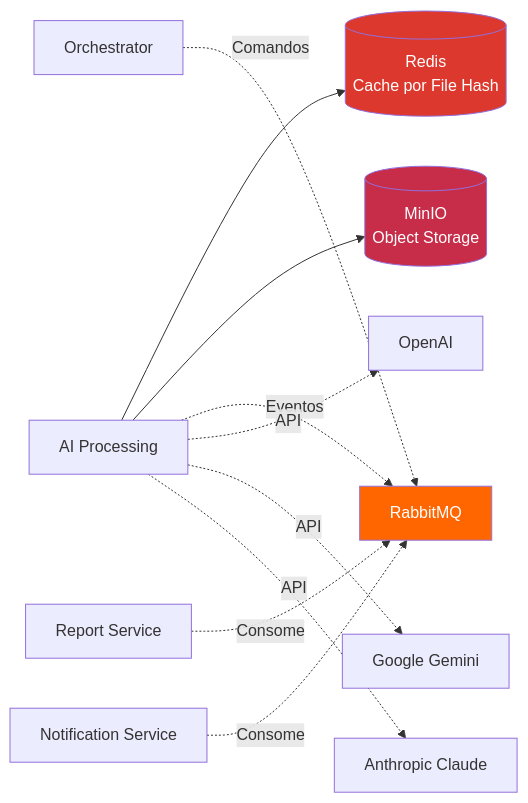
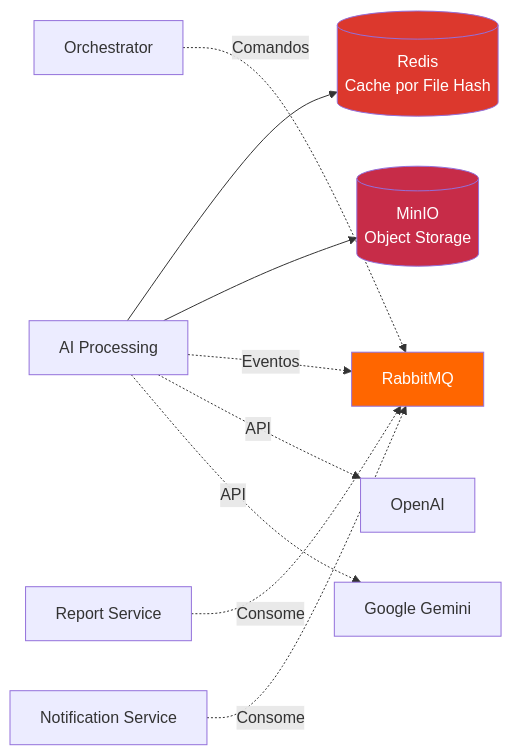
One commit to ArchLens-Fiap/archlens-ai-processing changed the third of 5 diagrams in README.md. Above: the diagram before and after it, drawn with Mermaid. The commit also changed other lines of this file, not shown here.

First line of the commit message:
docs: fix README issues (badges, mermaid, dark backgrounds, author line)

````diff
--- a/README.md
+++ b/README.md
@@ -137,18 +127,16 @@
 ```mermaid
 graph LR
     AI[AI Processing] --> REDIS[(Redis<br/>Cache por File Hash)]
     AI --> MINIO[(MinIO<br/>Object Storage)]
     AI -.->|Eventos| RMQ[RabbitMQ]
 
     ORCH[Orchestrator] -.->|Comandos| RMQ
     RPT[Report Service] -.->|Consome| RMQ
     NOTIF[Notification Service] -.->|Consome| RMQ
 
     AI -.->|API| OAI[OpenAI]
     AI -.->|API| GEM[Google Gemini]
-    AI -.->|API| CLU[Anthropic Claude]
-
     style REDIS fill:#dc382d,color:#fff
     style MINIO fill:#c72c48,color:#fff
     style RMQ fill:#ff6600,color:#fff
 ```
````
